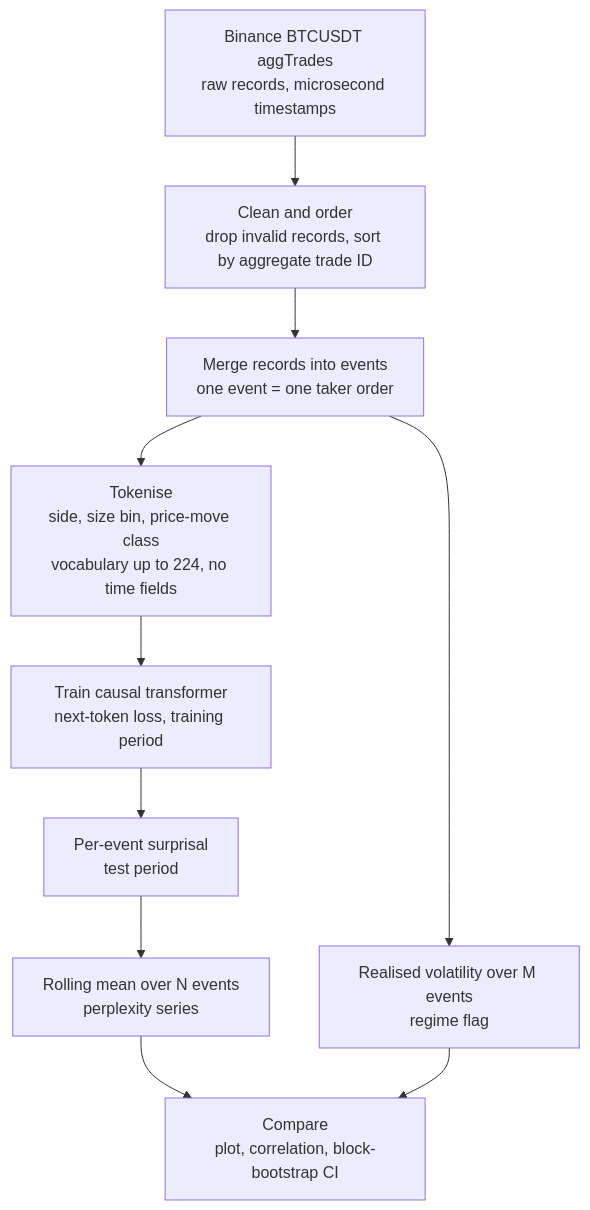
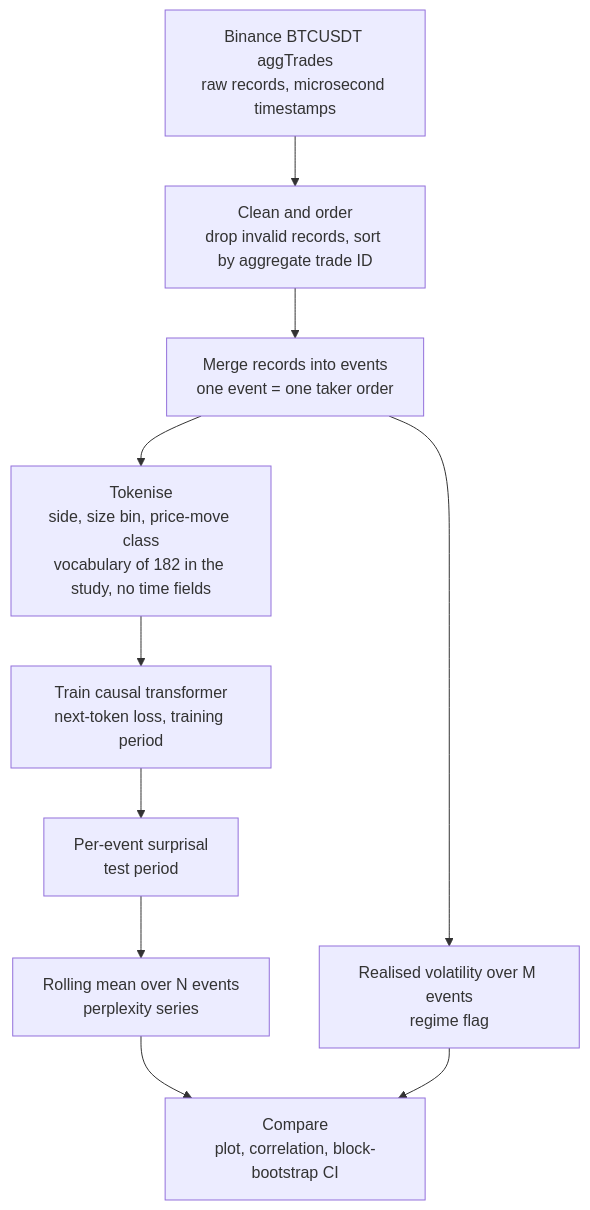
The diagram in docs/project-design.md (nav-nab/tape-perplexity), drawn with Mermaid before and after one commit. The commit also changed other lines of this file and 4 other files, not shown here.

First line of the commit message:
Docs sweep: add the study's measured values and results, mark design-time numbers, update status lines

````diff
--- a/docs/project-design.md
+++ b/docs/project-design.md
@@ -26,12 +26,12 @@
 ```mermaid
 flowchart TD
     A["Binance BTCUSDT aggTrades<br/>raw records, microsecond timestamps"] --> B["Clean and order<br/>drop invalid records, sort by aggregate trade ID"]
     B --> C["Merge records into events<br/>one event = one taker order"]
-    C --> D["Tokenise<br/>side, size bin, price-move class<br/>vocabulary up to 224, no time fields"]
+    C --> D["Tokenise<br/>side, size bin, price-move class<br/>vocabulary of 182 in the study, no time fields"]
     D --> E["Train causal transformer<br/>next-token loss, training period"]
     E --> F["Per-event surprisal<br/>test period"]
     F --> G["Rolling mean over N events<br/>perplexity series"]
     C --> H["Realised volatility over M events<br/>regime flag"]
     G --> I["Compare<br/>plot, correlation, block-bootstrap CI"]
     H --> I
 ```
````
